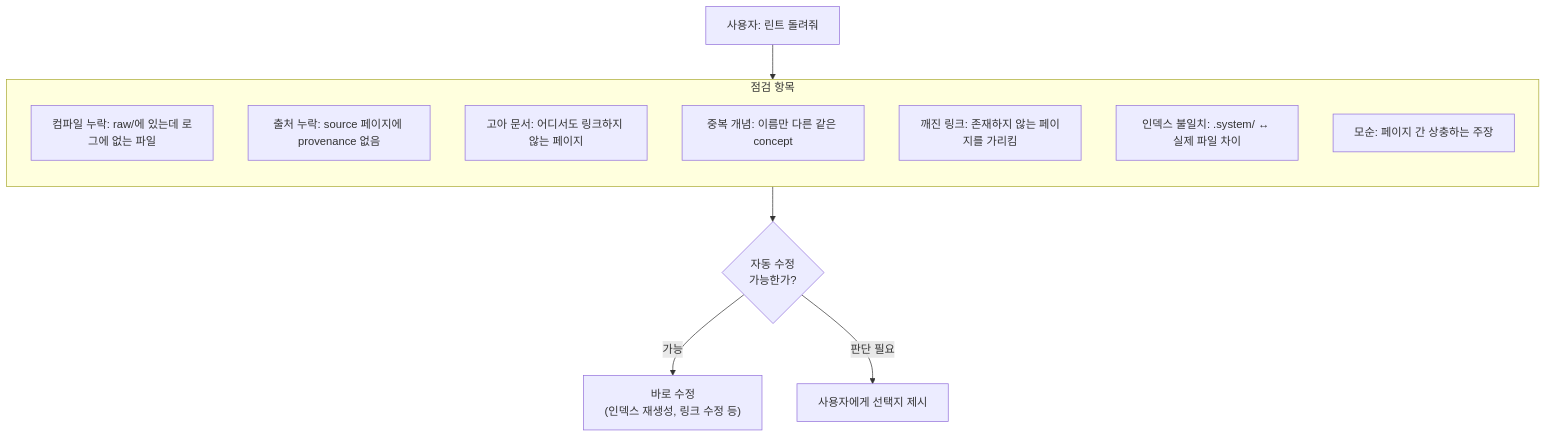
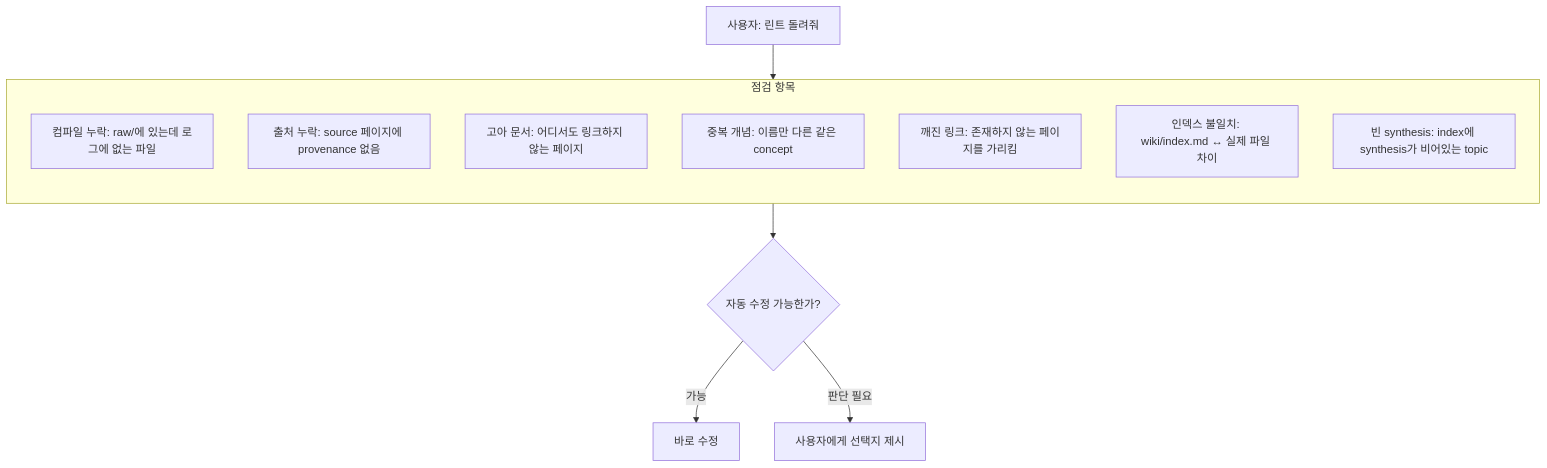
The sixth of 10 diagrams in docs/vault-system-guide.md (bjw202/Vault), drawn with Mermaid before and after one commit. The commit also changed other lines of this file and 6 other files, not shown here.

````diff
--- a/docs/vault-system-guide.md
+++ b/docs/vault-system-guide.md
@@ -179,19 +189,19 @@
 ```mermaid
 flowchart TB
     LINT["사용자: 린트 돌려줘"] --> CHECK
 
     subgraph CHECK["점검 항목"]
         direction TB
         L1["컴파일 누락: raw/에 있는데 로그에 없는 파일"]
         L2["출처 누락: source 페이지에 provenance 없음"]
         L3["고아 문서: 어디서도 링크하지 않는 페이지"]
         L4["중복 개념: 이름만 다른 같은 concept"]
         L5["깨진 링크: 존재하지 않는 페이지를 가리킴"]
-        L6["인덱스 불일치: .system/ ↔ 실제 파일 차이"]
-        L7["모순: 페이지 간 상충하는 주장"]
+        L6["인덱스 불일치: wiki/index.md ↔ 실제 파일 차이"]
+        L7["빈 synthesis: index에 synthesis가 비어있는 topic"]
     end
 
-    CHECK --> FIX{"자동 수정<br/>가능한가?"}
-    FIX -->|"가능"| AUTO["바로 수정<br/>(인덱스 재생성, 링크 수정 등)"]
+    CHECK --> FIX{"자동 수정 가능한가?"}
+    FIX -->|"가능"| AUTO["바로 수정"]
     FIX -->|"판단 필요"| ASK["사용자에게 선택지 제시"]
 ```
````
